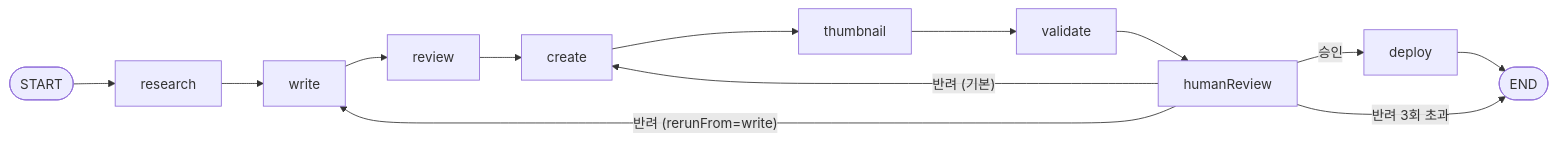
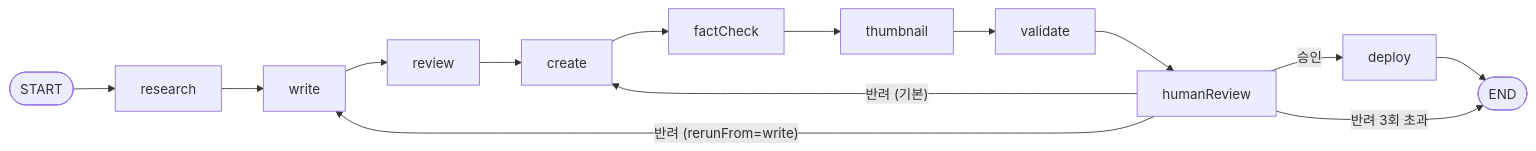
One commit to aksel26/hmkim-blog-keystatic changed the diagram in docs/ARCHITECTURE.md. Above: the diagram before and after it, drawn with Mermaid. The commit also changed other lines of this file and 2 other files, not shown here.

````diff
--- a/docs/ARCHITECTURE.md
+++ b/docs/ARCHITECTURE.md
@@ -10,8 +10,8 @@
 ```mermaid
 flowchart LR
-    S([START]) --> research --> write --> review --> create --> thumbnail --> validate --> humanReview
+    S([START]) --> research --> write --> review --> create --> factCheck --> thumbnail --> validate --> humanReview
     humanReview -- 승인 --> deploy --> E([END])
     humanReview -- "반려 (기본)" --> create
     humanReview -- "반려 (rerunFrom=write)" --> write
     humanReview -- "반려 3회 초과" --> E
 ```
````
